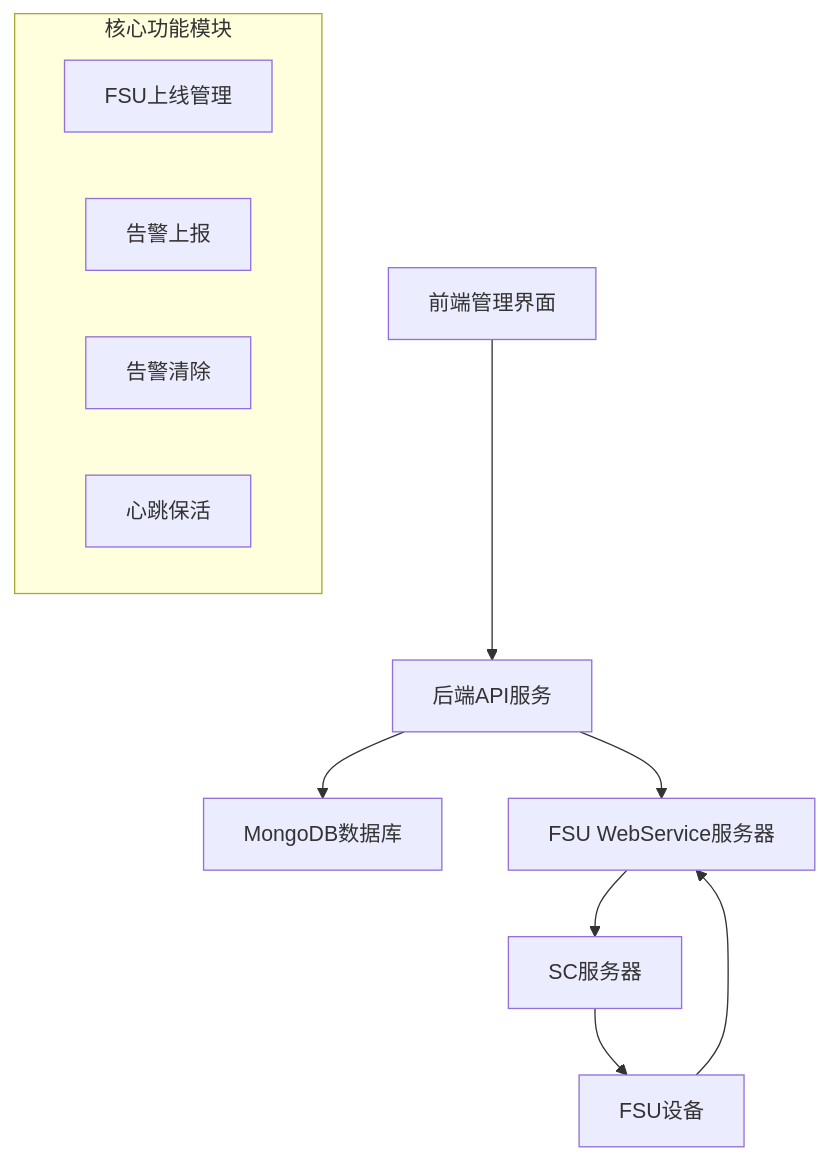
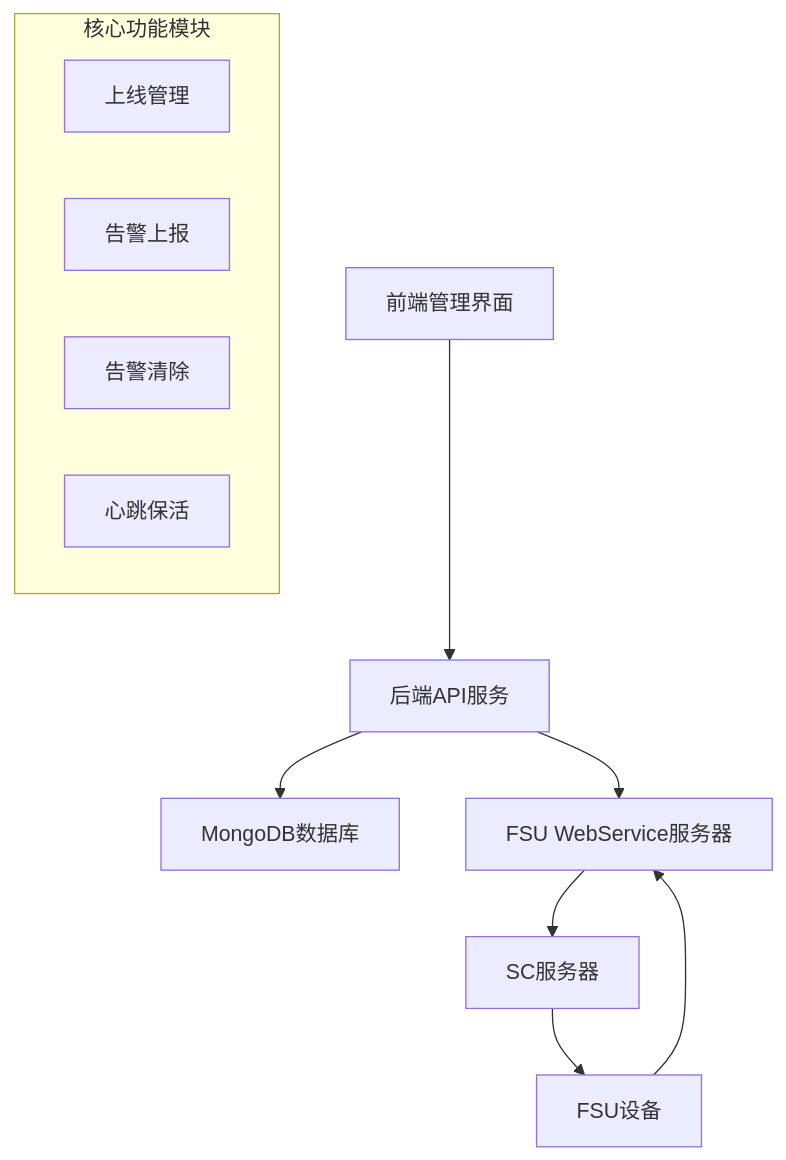
Before and after one commit to ocasl/fsu-mange-yhaoz1: the first of 4 diagrams in backend/FSU系统技术规范与API文档.md, drawn with Mermaid. The commit also changed other lines of this file and 42 other files, not shown here.

````diff
--- a/backend/FSU系统技术规范与API文档.md
+++ b/backend/FSU系统技术规范与API文档.md
@@ -22,17 +22,17 @@
 ```mermaid
 graph TB
     A[前端管理界面] --> B[后端API服务]
     B --> C[MongoDB数据库]
     B --> D[FSU WebService服务器]
     D --> E[SC服务器]
 
     F[FSU设备] --> D
     E --> F
 
     subgraph "核心功能模块"
-        G[FSU上线管理]
+        G[上线管理]
         H[告警上报]
         I[告警清除]
         J[心跳保活]
     end
 ```
````
